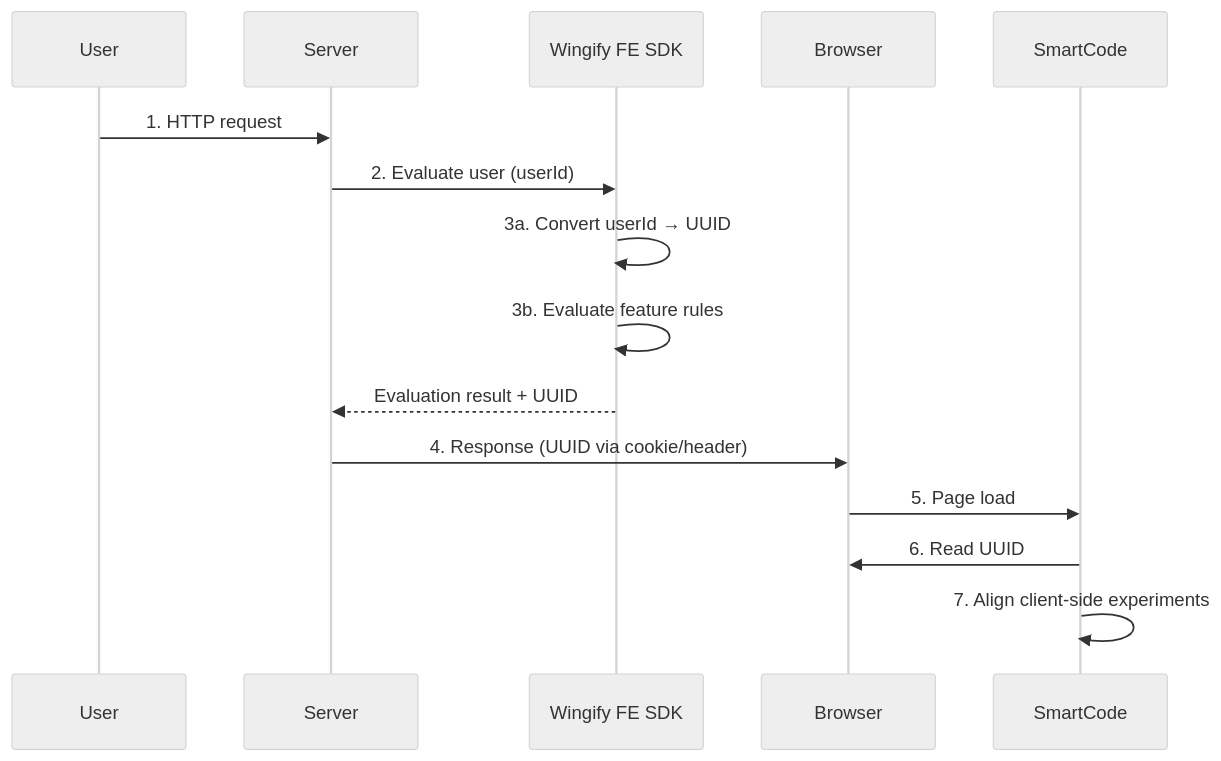
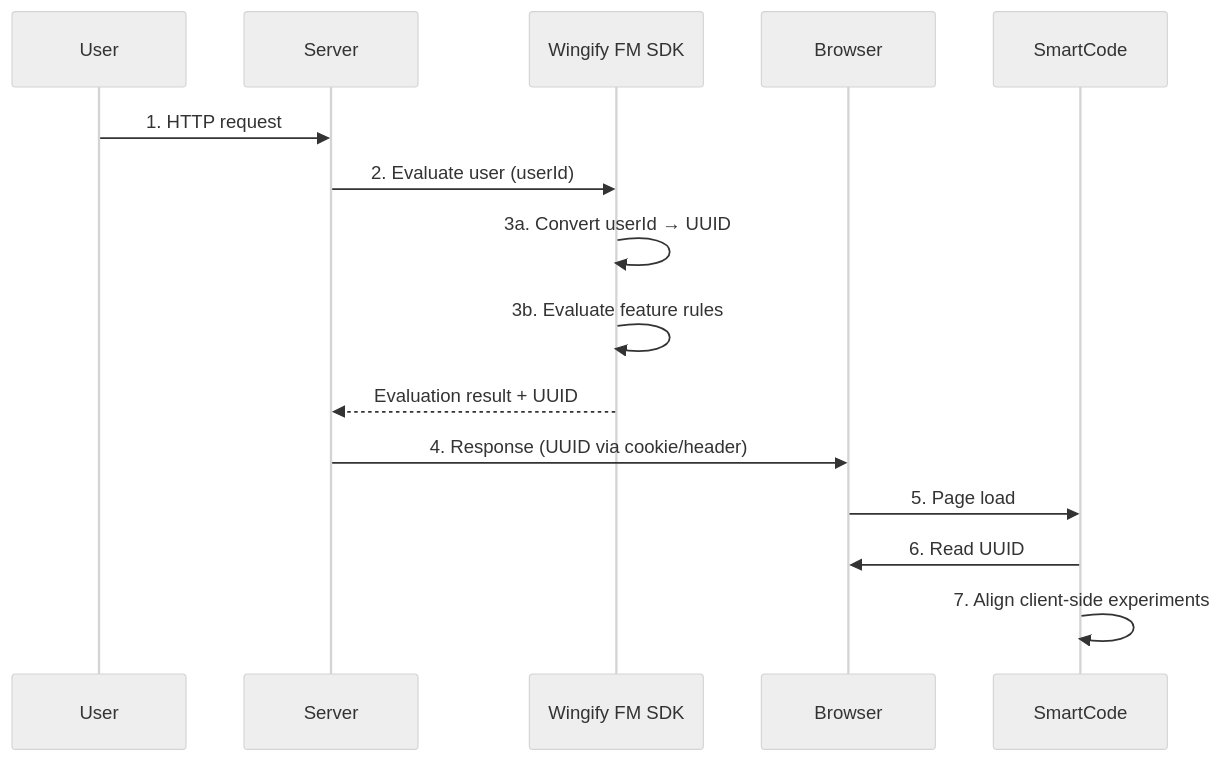
The second of 6 diagrams in docs/Unified Experimentation/fme-unified-experimentation-identity-synchronization.md (wingify/readme-central), drawn with Mermaid (neutral theme) before and after one commit. The commit also changed other lines of this file and 192 other files, not shown here.

````diff
--- a/docs/Unified Experimentation/fme-unified-experimentation-identity-synchronization.md
+++ b/docs/Unified Experimentation/fme-unified-experimentation-identity-synchronization.md
@@ -250,19 +250,19 @@
 ```mermaid
 sequenceDiagram
     participant User
     participant Server
-    participant FE_SDK as Wingify FE SDK
+    participant FM_SDK as Wingify FM SDK
     participant Browser
     participant SmartCode
 
     User->>Server: 1. HTTP request
-    Server->>FE_SDK: 2. Evaluate user (userId)
-    FE_SDK->>FE_SDK: 3a. Convert userId → UUID
-    FE_SDK->>FE_SDK: 3b. Evaluate feature rules
-    FE_SDK-->>Server: Evaluation result + UUID
+    Server->>FM_SDK: 2. Evaluate user (userId)
+    FM_SDK->>FM_SDK: 3a. Convert userId → UUID
+    FM_SDK->>FM_SDK: 3b. Evaluate feature rules
+    FM_SDK-->>Server: Evaluation result + UUID
     Server->>Browser: 4. Response (UUID via cookie/header)
     Browser->>SmartCode: 5. Page load
     SmartCode->>Browser: 6. Read UUID
     SmartCode->>SmartCode: 7. Align client-side experiments
 
 ```
````
